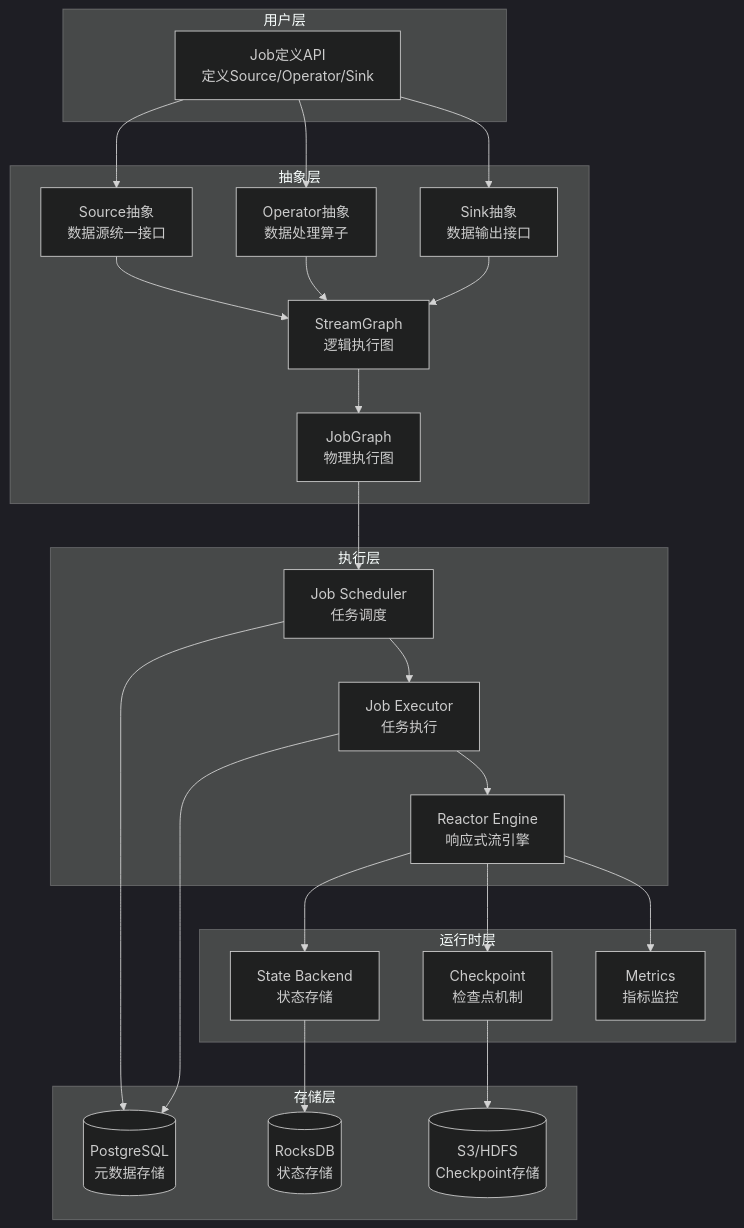
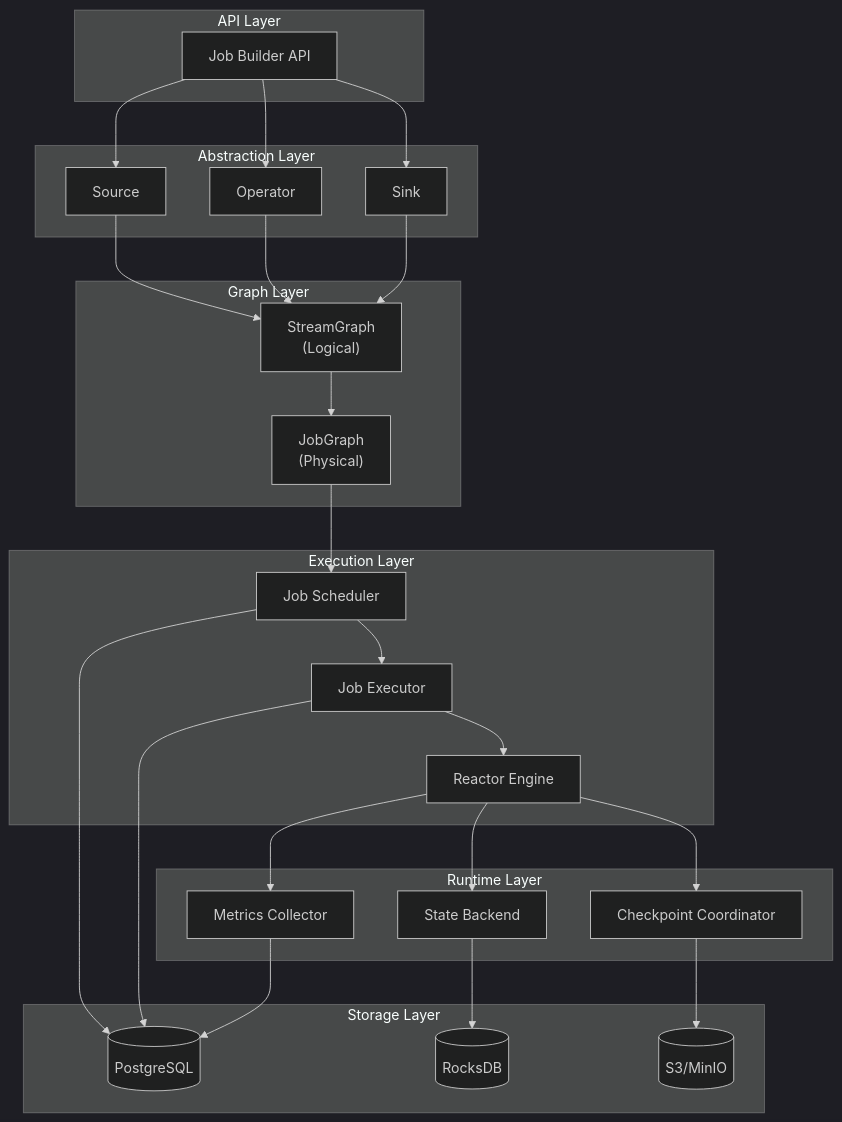
Before and after one commit to 312268112/advanced-java: the first of 6 diagrams in pipeline-framework-design.md, drawn with Mermaid (dark theme). The commit also changed other lines of this file, not shown here.

````diff
--- a/pipeline-framework-design.md
+++ b/pipeline-framework-design.md
@@ -29,54 +52,59 @@
 ```mermaid
 graph TB
-    subgraph "用户层"
-        API[Job定义API<br/>定义Source/Operator/Sink]
+    subgraph API["API Layer"]
+        JobBuilder["Job Builder API"]
     end
     
-    subgraph "抽象层"
-        Source[Source抽象<br/>数据源统一接口]
-        Operator[Operator抽象<br/>数据处理算子]
-        Sink[Sink抽象<br/>数据输出接口]
-        StreamGraph[StreamGraph<br/>逻辑执行图]
-        JobGraph[JobGraph<br/>物理执行图]
+    subgraph Abstraction["Abstraction Layer"]
+        Source["Source<T>"]
+        Operator["Operator<IN,OUT>"]
+        Sink["Sink<T>"]
     end
     
-    subgraph "执行层"
-        Scheduler[Job Scheduler<br/>任务调度]
-        Executor[Job Executor<br/>任务执行]
-        ReactorEngine[Reactor Engine<br/>响应式流引擎]
+    subgraph Graph["Graph Layer"]
+        StreamGraph["StreamGraph<br/>(Logical)"]
+        JobGraph["JobGraph<br/>(Physical)"]
     end
     
-    subgraph "运行时层"
-        State[State Backend<br/>状态存储]
-        Checkpoint[Checkpoint<br/>检查点机制]
-        Metrics[Metrics<br/>指标监控]
+    subgraph Execution["Execution Layer"]
+        Scheduler["Job Scheduler"]
+        Executor["Job Executor"]
+        ReactorEngine["Reactor Engine"]
     end
     
-    subgraph "存储层"
-        PostgreSQL[(PostgreSQL<br/>元数据存储)]
-        RocksDB[(RocksDB<br/>状态存储)]
-        S3[(S3/HDFS<br/>Checkpoint存储)]
+    subgraph Runtime["Runtime Layer"]
+        StateBackend["State Backend"]
+        CheckpointCoordinator["Checkpoint Coordinator"]
+        MetricsCollector["Metrics Collector"]
     end
     
-    API --> Source
-    API --> Operator
-    API --> Sink
+    subgraph Storage["Storage Layer"]
+        PostgreSQL[("PostgreSQL")]
+        RocksDB[("RocksDB")]
+        S3[("S3/MinIO")]
+    end
+    
+    JobBuilder --> Source
+    JobBuilder --> Operator
+    JobBuilder --> Sink
     
     Source --> StreamGraph
     Operator --> StreamGraph
     Sink --> StreamGraph
     
     StreamGraph --> JobGraph
     JobGraph --> Scheduler
+    
     Scheduler --> Executor
     Executor --> ReactorEngine
     
-    ReactorEngine --> State
-    ReactorEngine --> Checkpoint
-    ReactorEngine --> Metrics
+    ReactorEngine --> StateBackend
+    ReactorEngine --> CheckpointCoordinator
+    ReactorEngine --> MetricsCollector
     
-    State --> RocksDB
-    Checkpoint --> S3
+    StateBackend --> RocksDB
+    CheckpointCoordinator --> S3
     Scheduler --> PostgreSQL
     Executor --> PostgreSQL
+    MetricsCollector --> PostgreSQL
 ```
````
